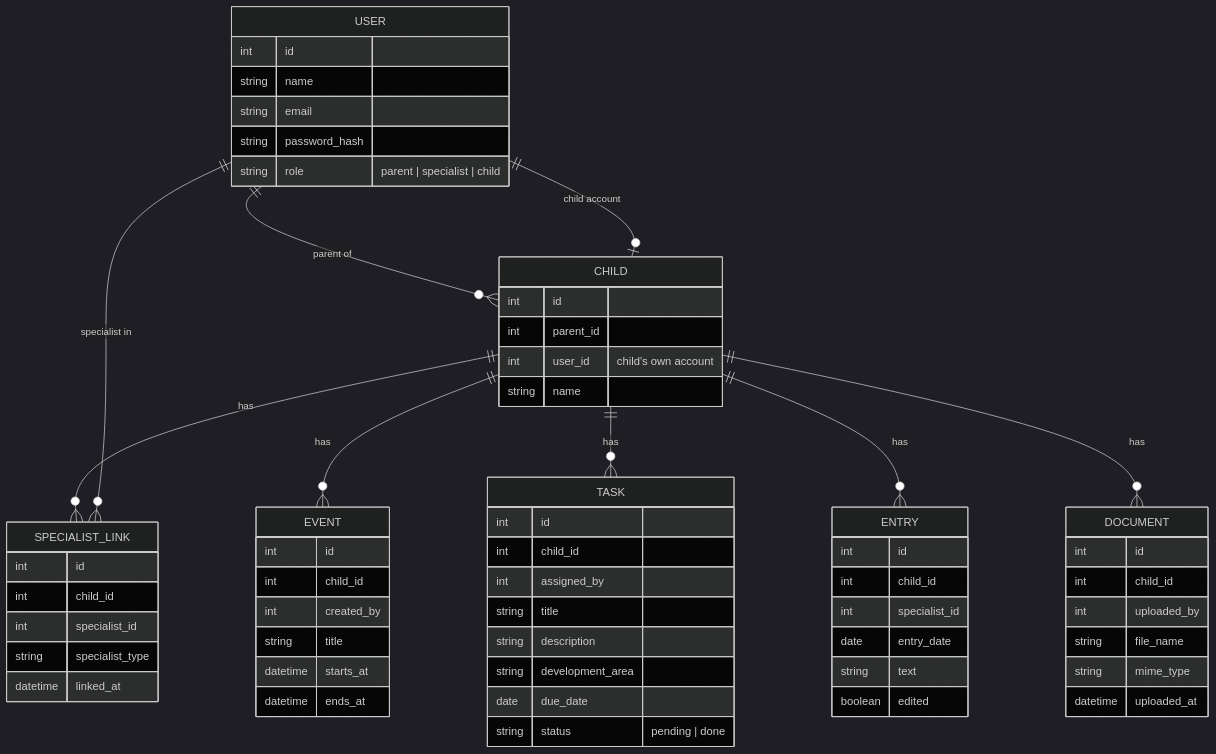
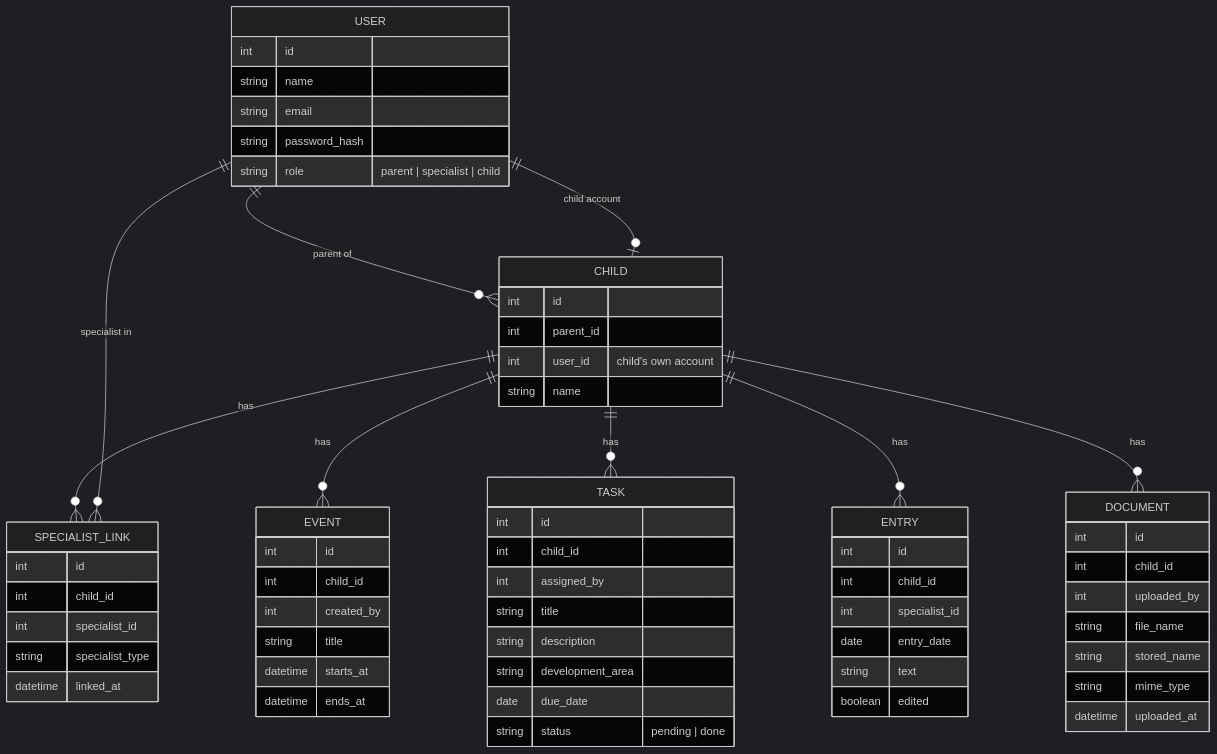
Before and after one commit to Atakan109/seng383-mag: the second of 5 diagrams in docs/SDD.md, drawn with Mermaid (dark theme). The commit also changed other lines of this file, not shown here.

````diff
--- a/docs/SDD.md
+++ b/docs/SDD.md
@@ -61,65 +61,66 @@
 ```mermaid
 erDiagram
     USER ||--o{ CHILD : "parent of"
     USER ||--o| CHILD : "child account"
     CHILD ||--o{ SPECIALIST_LINK : has
     USER ||--o{ SPECIALIST_LINK : "specialist in"
     CHILD ||--o{ EVENT : has
     CHILD ||--o{ TASK : has
     CHILD ||--o{ ENTRY : has
     CHILD ||--o{ DOCUMENT : has
     USER {
         int id
         string name
         string email
         string password_hash
         string role "parent | specialist | child"
     }
     CHILD {
         int id
         int parent_id
         int user_id "child's own account"
         string name
     }
     SPECIALIST_LINK {
         int id
         int child_id
         int specialist_id
         string specialist_type
         datetime linked_at
     }
     EVENT {
         int id
         int child_id
         int created_by
         string title
         datetime starts_at
         datetime ends_at
     }
     TASK {
         int id
         int child_id
         int assigned_by
         string title
         string description
         string development_area
         date due_date
         string status "pending | done"
     }
     ENTRY {
         int id
         int child_id
         int specialist_id
         date entry_date
         string text
         boolean edited
     }
     DOCUMENT {
         int id
         int child_id
         int uploaded_by
         string file_name
+        string stored_name
         string mime_type
         datetime uploaded_at
     }
 ```
````
